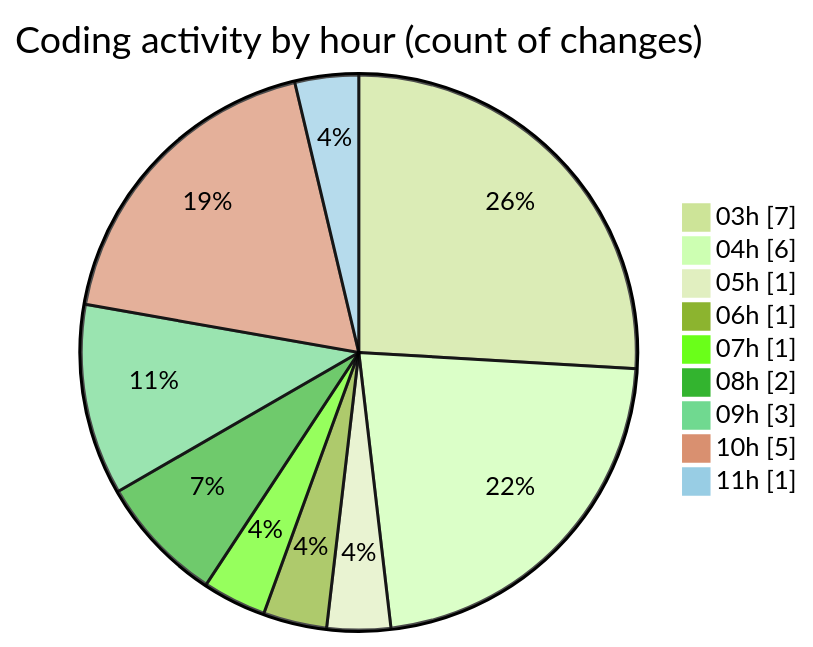
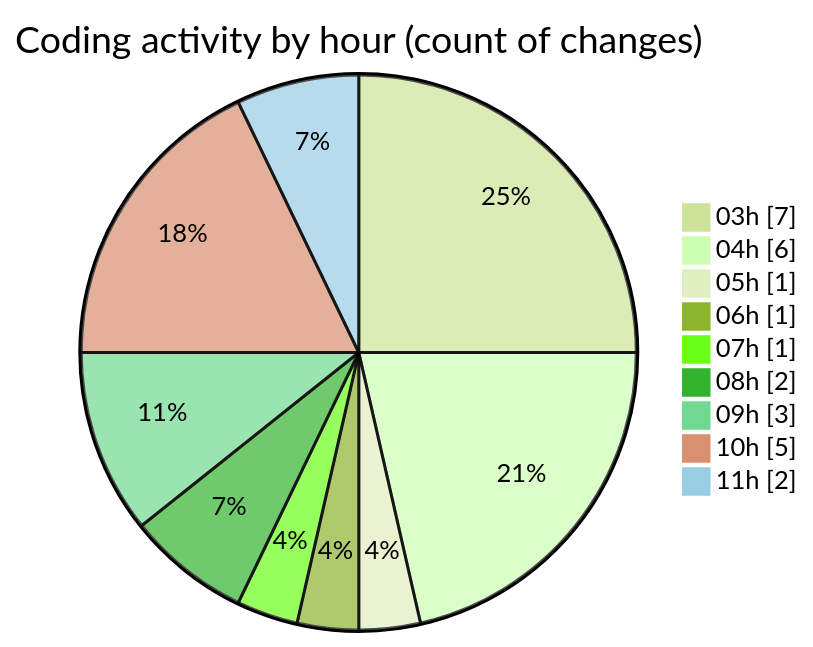
Before and after one commit to FelipKnott/code-tracking: the second of 2 diagrams in 2025-07-02/cursor/README.md, drawn with Mermaid (forest theme). The commit also changed other lines of this file and 1 other file, not shown here.

````diff
--- a/2025-07-02/cursor/README.md
+++ b/2025-07-02/cursor/README.md
@@ -31,13 +31,13 @@
 ```mermaid
 pie showData
 title Coding activity by hour (count of changes)
 "03h" : 7
 "04h" : 6
 "05h" : 1
 "06h" : 1
 "07h" : 1
 "08h" : 2
 "09h" : 3
 "10h" : 5
-"11h" : 1
+"11h" : 2
 ```
````
